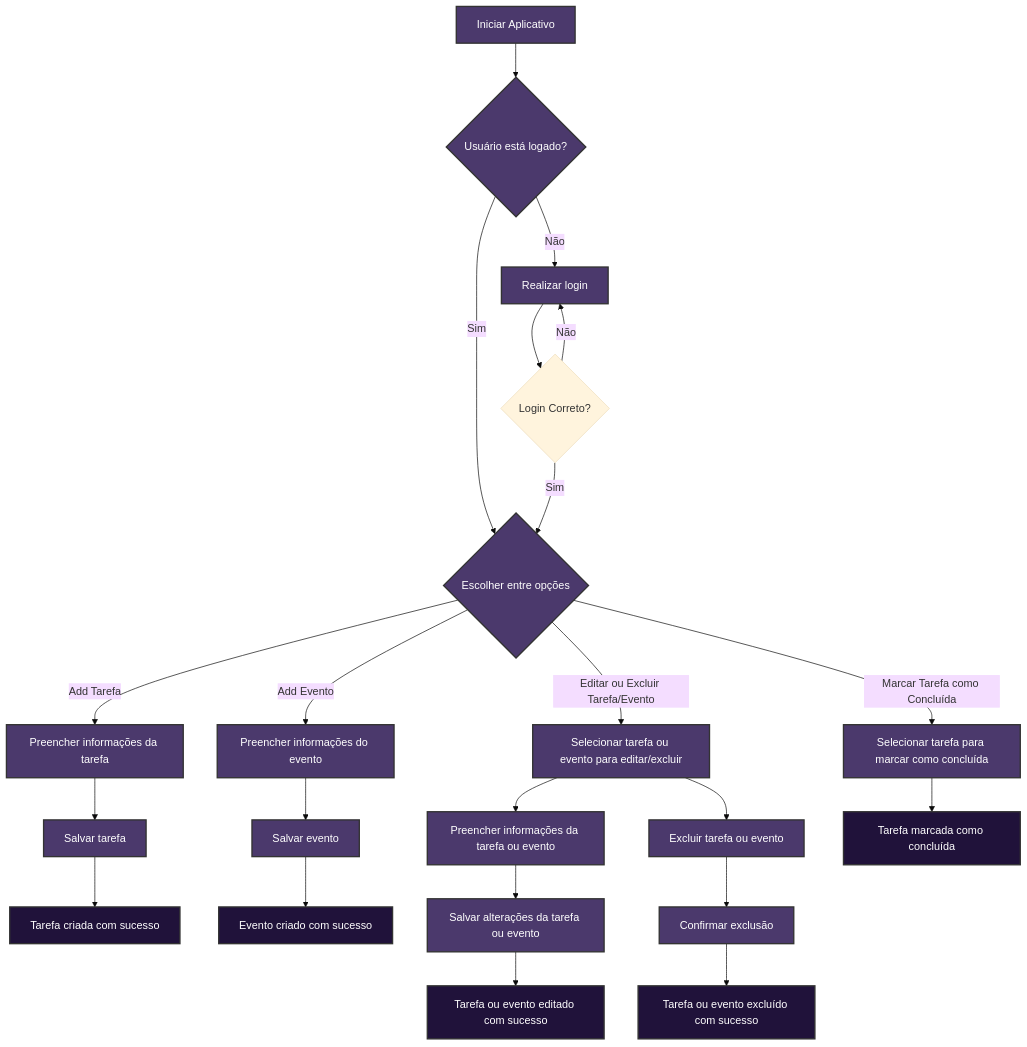
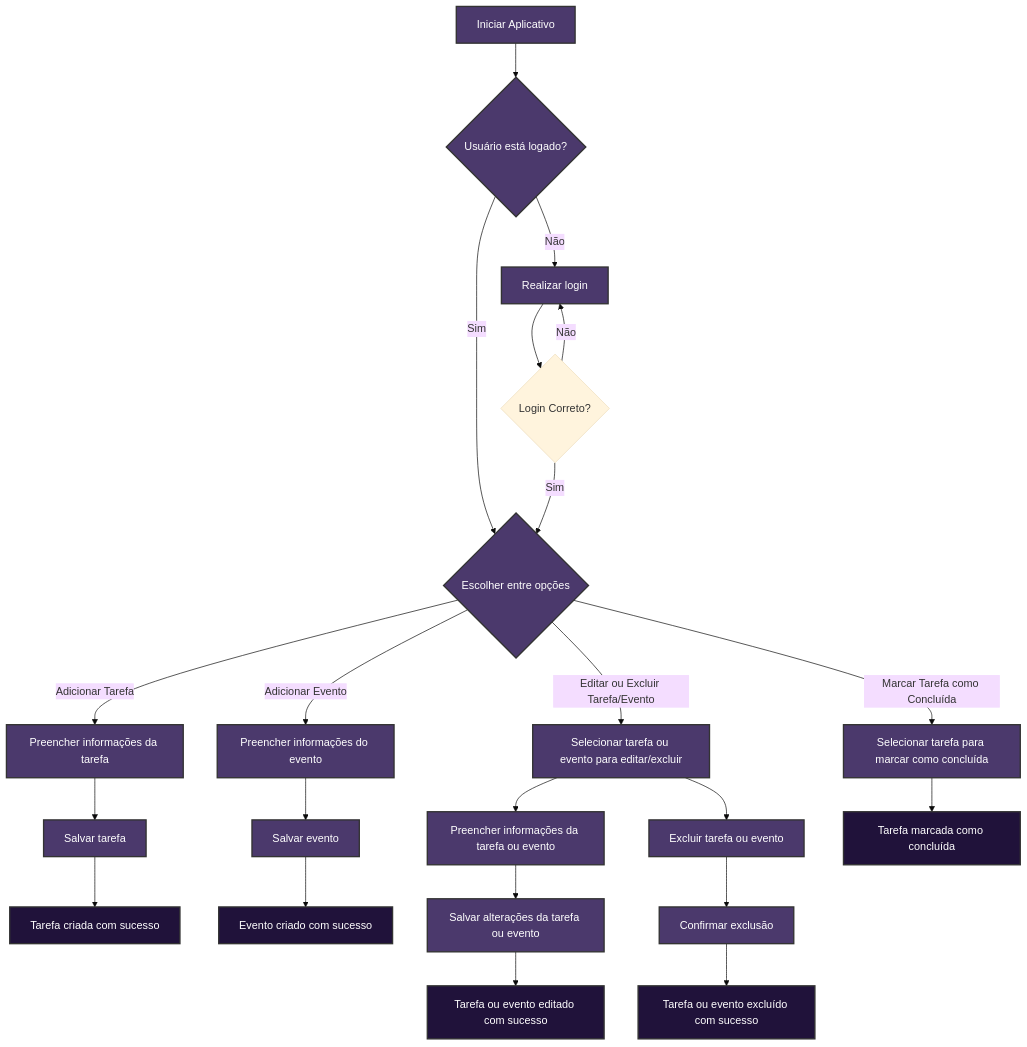
The third of 3 diagrams in README.md (MatheusAkira/Software-engineering-project), drawn with Mermaid (base theme) before and after one commit.

Commit message:
Mudança no nome dos nós no fluxograma

````diff
--- a/README.md
+++ b/README.md
@@ -241,43 +241,43 @@
 ```mermaid
 graph TD
     style A fill:#4B396C,stroke:#333,stroke-width:2px,color:white;
     style B fill:#4B396C,stroke:#333,stroke-width:2px,color:white;
     style C fill:#4B396C,stroke:#333,stroke-width:2px,color:white;
     style D fill:#4B396C,stroke:#333,stroke-width:2px,color:white;
     style E fill:#4B396C,stroke:#333,stroke-width:2px,color:white;
     style F fill:#20123A,stroke:#333,stroke-width:2px,color:white;
     style G fill:#4B396C,stroke:#333,stroke-width:2px,color:white;
     style H fill:#4B396C,stroke:#333,stroke-width:2px,color:white;
     style I fill:#20123A,stroke:#333,stroke-width:2px,color:white;
     style J fill:#4B396C,stroke:#333,stroke-width:2px,color:white;
     style K fill:#4B396C,stroke:#333,stroke-width:2px,color:white;
     style L fill:#4B396C,stroke:#333,stroke-width:2px,color:white;
     style M fill:#20123A,stroke:#333,stroke-width:2px,color:white;
     style N fill:#4B396C,stroke:#333,stroke-width:2px,color:white;
     style O fill:#4B396C,stroke:#333,stroke-width:2px,color:white;
     style P fill:#20123A,stroke:#333,stroke-width:2px,color:white;
     style Q fill:#4B396C,stroke:#333,stroke-width:2px,color:white;
     style R fill:#20123A,stroke:#333,stroke-width:2px,color:white;
     style S fill:#4B396C,stroke:#333,stroke-width:2px,color:white;
     A[Iniciar Aplicativo] --> B{Usuário está logado?}
     B -->|Sim| C{Escolher entre opções}
-    C -->|Add Tarefa| D[Preencher informações da tarefa]
+    C -->|Adicionar Tarefa| D[Preencher informações da tarefa]
     D --> E[Salvar tarefa]
     E --> F[Tarefa criada com sucesso]
-    C -->|Add Evento| G[Preencher informações do evento]
+    C -->|Adicionar Evento| G[Preencher informações do evento]
     G --> H[Salvar evento]
     H --> I[Evento criado com sucesso]
     C -->|Editar ou Excluir Tarefa/Evento| J[Selecionar tarefa ou evento para editar/excluir]
     J --> K[Preencher informações da tarefa ou evento]
     K --> L[Salvar alterações da tarefa ou evento]
     L --> M[Tarefa ou evento editado com sucesso]
     J --> N[Excluir tarefa ou evento]
     N --> O[Confirmar exclusão]
     O --> P[Tarefa ou evento excluído com sucesso]
     C -->|Marcar Tarefa como Concluída| Q[Selecionar tarefa para marcar como concluída]
     Q --> R[Tarefa marcada como concluída]
     B -->|Não| S[Realizar login]
     S --> T{Login Correto?}
     T -->|Sim| C
     T -->|Não| S
 ```
````
